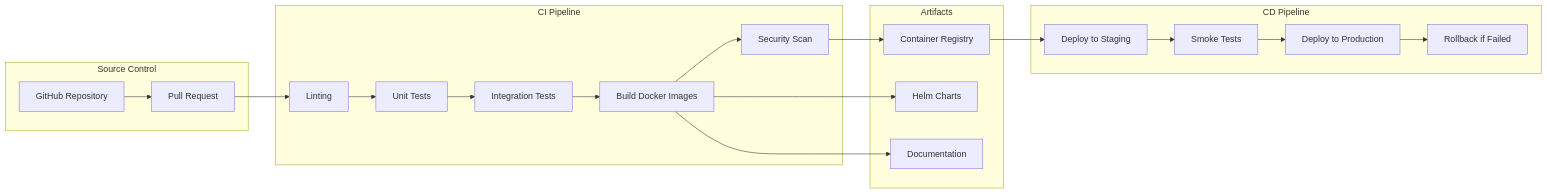
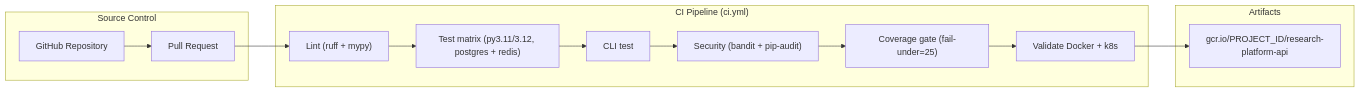
Before and after one commit to jsogarro/cerebro: the eighth of 8 diagrams in docs/system-architecture-diagrams.md, drawn with Mermaid. The commit also changed other lines of this file and 36 other files, not shown here.

First line of the commit message:
docs: align all documentation with the current architecture

````diff
--- a/docs/system-architecture-diagrams.md
+++ b/docs/system-architecture-diagrams.md
@@ -592,44 +661,29 @@
 ```mermaid
 graph LR
     subgraph "Source Control"
-        GIT[GitHub Repository]
-        PR[Pull Request]
+        GIT["GitHub Repository"]
+        PR["Pull Request"]
     end
-    
-    subgraph "CI Pipeline"
-        LINT[Linting]
-        TEST[Unit Tests]
-        INTEGRATION[Integration Tests]
-        BUILD[Build Docker Images]
-        SCAN[Security Scan]
+
+    subgraph "CI Pipeline (ci.yml)"
+        LINT["Lint (ruff + mypy)"]
+        TEST["Test matrix (py3.11/3.12, postgres + redis)"]
+        CLI_TEST["CLI test"]
+        SEC["Security (bandit + pip-audit)"]
+        COV["Coverage gate (fail-under=25)"]
+        VALIDATE["Validate Docker + k8s"]
     end
-    
-    subgraph "CD Pipeline"
-        STAGING[Deploy to Staging]
-        SMOKE[Smoke Tests]
-        PROD[Deploy to Production]
-        ROLLBACK[Rollback if Failed]
+
+    subgraph "Artifacts"
+        REGISTRY["gcr.io/PROJECT_ID/research-platform-api"]
     end
-    
-    subgraph "Artifacts"
-        REGISTRY[Container Registry]
-        HELM[Helm Charts]
-        DOCS[Documentation]
-    end
-    
+
     GIT --> PR
     PR --> LINT
     LINT --> TEST
-    TEST --> INTEGRATION
-    INTEGRATION --> BUILD
-    BUILD --> SCAN
-    SCAN --> REGISTRY
-    
-    REGISTRY --> STAGING
-    STAGING --> SMOKE
-    SMOKE --> PROD
-    PROD --> ROLLBACK
-    
-    BUILD --> HELM
-    BUILD --> DOCS
+    TEST --> CLI_TEST
+    CLI_TEST --> SEC
+    SEC --> COV
+    COV --> VALIDATE
+    VALIDATE --> REGISTRY
 ```
````
